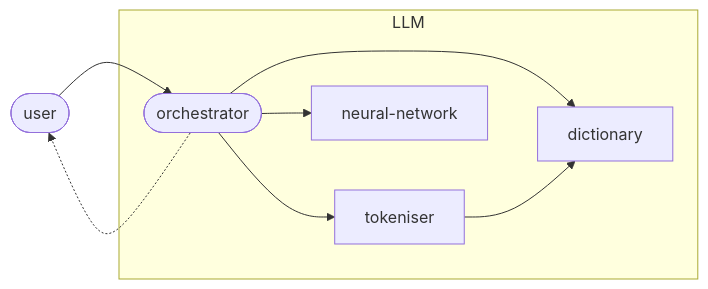
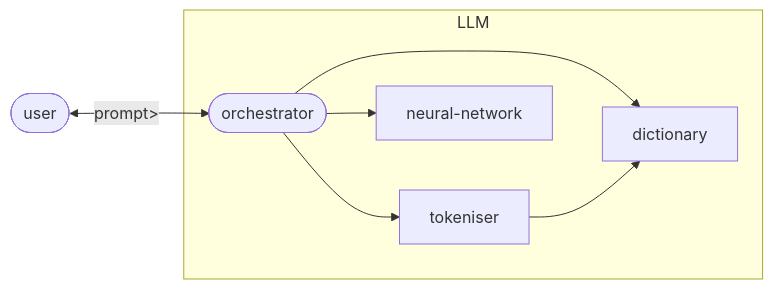
Before and after one commit to conmaol/maglocunus: the diagram in l/LLMs.md, drawn with Mermaid.

````diff
--- a/l/LLMs.md
+++ b/l/LLMs.md
@@ -7,15 +7,14 @@
 ```mermaid
 graph LR
   user(["user"])
   subgraph "LLM"
     orchestrator(["orchestrator"])
     orchestrator --> tokeniser
     orchestrator --> dictionary
     tokeniser --> dictionary
     orchestrator --> neural-network
     end
-  user --> orchestrator
-  orchestrator -.-> user
+  user <-- "prompt>" --> orchestrator
  
 
 ```
````
